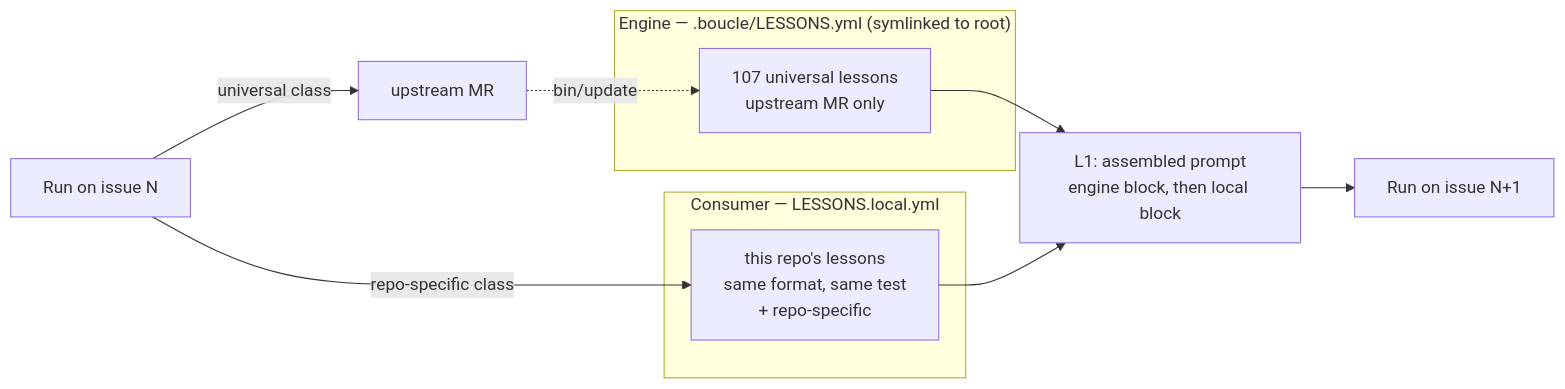
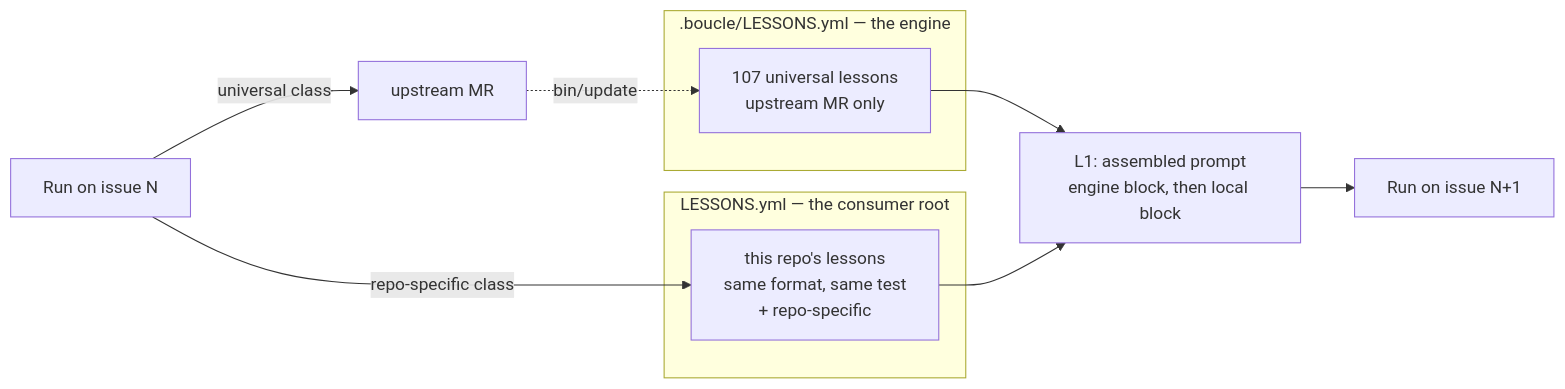
The diagram in docs/prime-agent-study.md (ankaboot-source/boucle), drawn with Mermaid before and after one commit. The commit also changed other lines of this file, not shown here.

First line of the commit message:
docs: one filename for lessons, scope carried by location

````diff
--- a/docs/prime-agent-study.md
+++ b/docs/prime-agent-study.md
@@ -209,15 +233,15 @@
 ```mermaid
 flowchart LR
-    subgraph ENG["Engine — .boucle/LESSONS.yml (symlinked to root)"]
+    subgraph ENG[".boucle/LESSONS.yml — the engine"]
         L["107 universal lessons<br/>upstream MR only"]
     end
-    subgraph LOC["Consumer — LESSONS.local.yml"]
+    subgraph LOC["LESSONS.yml — the consumer root"]
         M["this repo's lessons<br/>same format, same test<br/>+ repo-specific"]
     end
     R["Run on issue N"] -->|"universal class"| U["upstream MR"]
     R -->|"repo-specific class"| M
     U -.->|"bin/update"| L
     L --> P["L1: assembled prompt<br/>engine block, then local block"]
     M --> P
     P --> R2["Run on issue N+1"]
 ```
````
